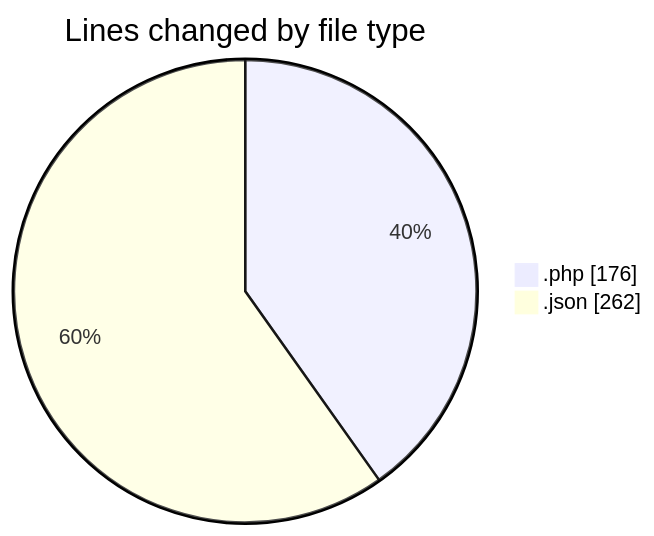
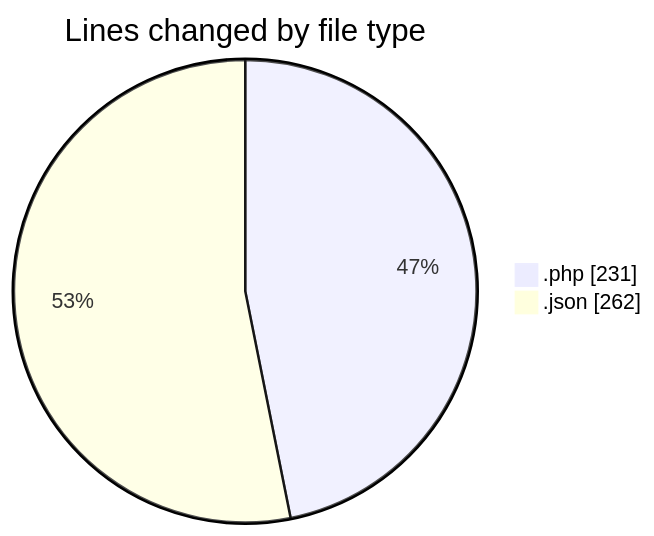
One commit to idhammustaqopulfikri/code-tracking changed the first of 2 diagrams in 2025-11-01/futsal_rekomendasi/README.md. Above: the diagram before and after it, drawn with Mermaid. The commit also changed other lines of this file and 1 other file, not shown here.

````diff
--- a/2025-11-01/futsal_rekomendasi/README.md
+++ b/2025-11-01/futsal_rekomendasi/README.md
@@ -27,6 +28,6 @@
 ```mermaid
 pie showData
 title Lines changed by file type
-".php" : 176
+".php" : 231
 ".json" : 262
 ```
````
